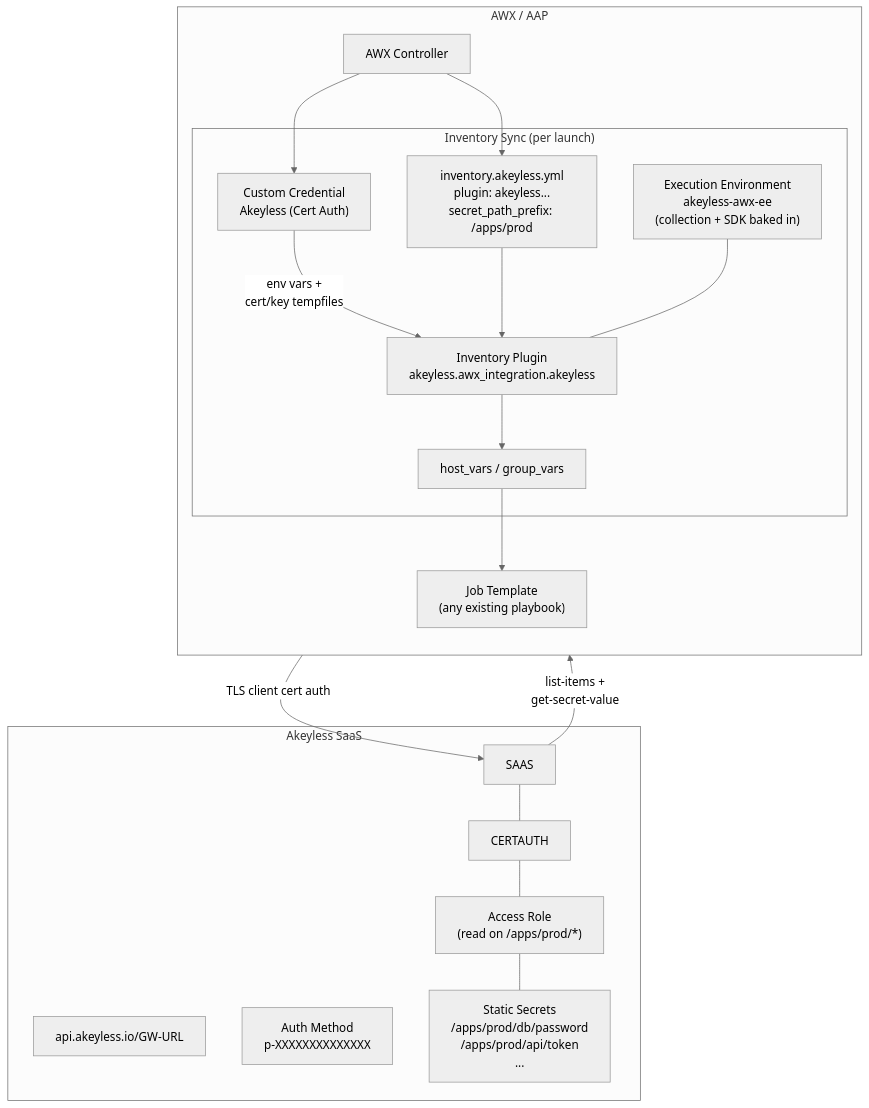
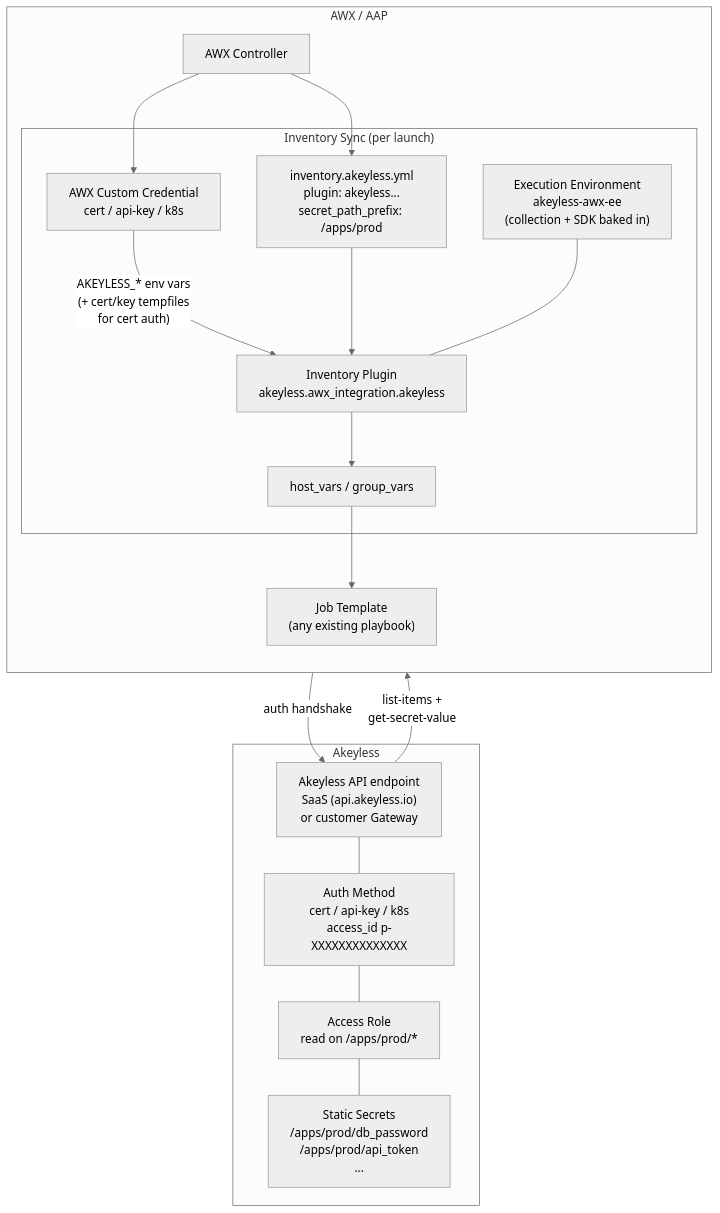
The diagram in README.md (Fahmy-Kadiri-akl/ansible-akeyless-awx), drawn with Mermaid before and after one commit. The commit also changed 1 other file, not shown here.

Commit message:
docs(diagrams): make architecture diagram auth-agnostic, allow SaaS or Gateway

````diff
--- a/README.md
+++ b/README.md
@@ -60,36 +60,36 @@
 ```mermaid
 %%{init: {'theme': 'neutral'}}%%
 graph TB
     subgraph "AWX / AAP"
         direction TB
         AWX["AWX Controller"]
         subgraph "Inventory Sync (per launch)"
-            CRED["Custom Credential<br/>Akeyless (Cert Auth)"]
+            CRED["AWX Custom Credential<br/>cert / api-key / k8s"]
             INVYAML["inventory.akeyless.yml<br/>plugin: akeyless...<br/>secret_path_prefix: /apps/prod"]
             EE["Execution Environment<br/>akeyless-awx-ee<br/>(collection + SDK baked in)"]
             PLUGIN["Inventory Plugin<br/>akeyless.awx_integration.akeyless"]
             VARS["host_vars / group_vars"]
-            CRED -- "env vars +<br/>cert/key tempfiles" --> PLUGIN
+            CRED -- "AKEYLESS_* env vars<br/>(+ cert/key tempfiles<br/>for cert auth)" --> PLUGIN
             INVYAML --> PLUGIN
             EE --- PLUGIN
             PLUGIN --> VARS
         end
         JT["Job Template<br/>(any existing playbook)"]
         AWX --> CRED
         AWX --> INVYAML
         VARS --> JT
     end
 
-    subgraph "Akeyless SaaS"
-        SAAS/Gateway["api.akeyless.io/GW-URL"]
-        Auth["Auth Method<br/>p-XXXXXXXXXXXXXX"]
-        ROLE["Access Role<br/>(read on /apps/prod/*)"]
-        ITEMS["Static Secrets<br/>/apps/prod/db/password<br/>/apps/prod/api/token<br/>..."]
-        SAAS --- CERTAUTH
-        CERTAUTH --- ROLE
+    subgraph "Akeyless"
+        ENDPOINT["Akeyless API endpoint<br/>SaaS (api.akeyless.io)<br/>or customer Gateway"]
+        AUTH["Auth Method<br/>cert / api-key / k8s<br/>access_id p-XXXXXXXXXXXXXX"]
+        ROLE["Access Role<br/>read on /apps/prod/*"]
+        ITEMS["Static Secrets<br/>/apps/prod/db_password<br/>/apps/prod/api_token<br/>..."]
+        ENDPOINT --- AUTH
+        AUTH --- ROLE
         ROLE --- ITEMS
     end
 
-    PLUGIN -- "TLS client cert auth" --> SAAS
-    SAAS -- "list-items +<br/>get-secret-value" --> PLUGIN
+    PLUGIN -- "auth handshake" --> ENDPOINT
+    ENDPOINT -- "list-items +<br/>get-secret-value" --> PLUGIN
 ```
````
